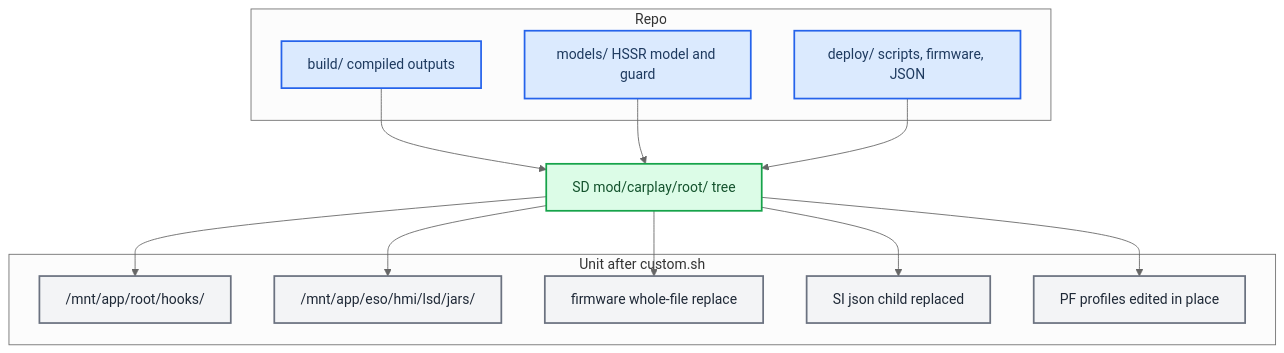
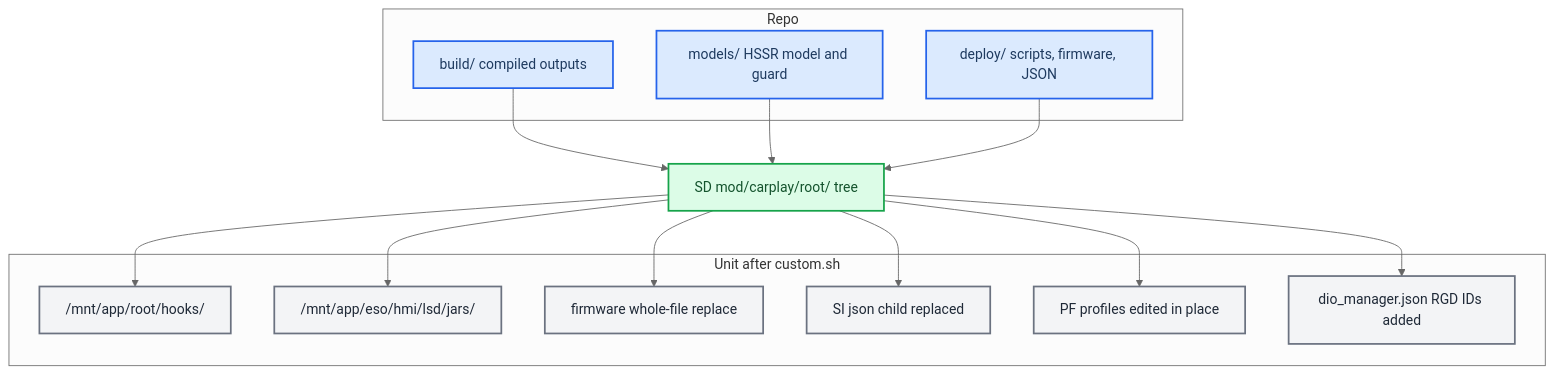
Before and after one commit to luka-dev/mib2q-carplay-rgi: the diagram in docs/build-and-deploy/DEPLOY_AND_RELEASE.md, drawn with Mermaid (neutral theme). The commit also changed other lines of this file and 7 other files, not shown here.

First line of the commit message:
install: register the iAP2 route-guidance message IDs in dio_manager.json

````diff
--- a/docs/build-and-deploy/DEPLOY_AND_RELEASE.md
+++ b/docs/build-and-deploy/DEPLOY_AND_RELEASE.md
@@ -17,37 +17,39 @@
 ```mermaid
 flowchart TB
   accTitle: Source folders to on-unit paths
-  accDescr: The build, models and deploy folders are staged by hand into mod/carplay/root on the SD card. custom.sh copies that tree onto the unit's root, then patches the SI json and the PF profiles in place.
+  accDescr: The build, models and deploy folders are staged by hand into mod/carplay/root on the SD card. custom.sh copies that tree onto the unit's root, then patches the SI json, the PF profiles and dio_manager.json in place.
 
   subgraph repo_side [Repo]
     build_dir["build/ compiled outputs"]
     models_dir["models/ HSSR model and guard"]
     deploy_dir["deploy/ scripts, firmware, JSON"]
   end
 
   stage["SD mod/carplay/root/ tree"]
 
   subgraph unit_side [Unit after custom.sh]
     hooks["/mnt/app/root/hooks/"]
     jars["/mnt/app/eso/hmi/lsd/jars/"]
     fw["firmware whole-file replace"]
     si_json["SI json child replaced"]
     pf_rules["PF profiles edited in place"]
+    dio_json["dio_manager.json RGD IDs added"]
   end
 
   build_dir --> stage
   models_dir --> stage
   deploy_dir --> stage
   stage --> hooks
   stage --> jars
   stage --> fw
   stage --> si_json
   stage --> pf_rules
+  stage --> dio_json
 
   classDef primary fill:#dbeafe,stroke:#2563eb,stroke-width:2px,color:#1e3a5f
   classDef success fill:#dcfce7,stroke:#16a34a,stroke-width:2px,color:#14532d
   classDef neutral fill:#f3f4f6,stroke:#6b7280,stroke-width:2px,color:#1f2937
   class build_dir,models_dir,deploy_dir primary
   class stage success
-  class hooks,jars,fw,si_json,pf_rules neutral
+  class hooks,jars,fw,si_json,pf_rules,dio_json neutral
 ```
````
